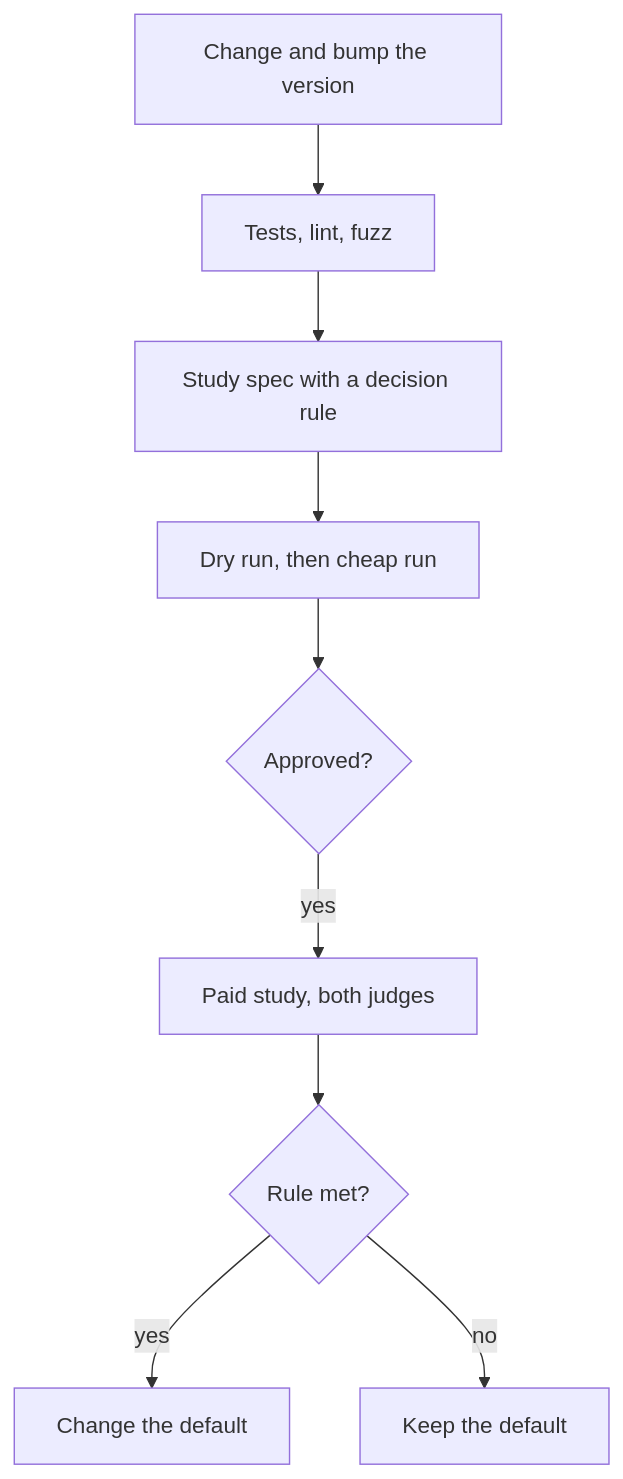
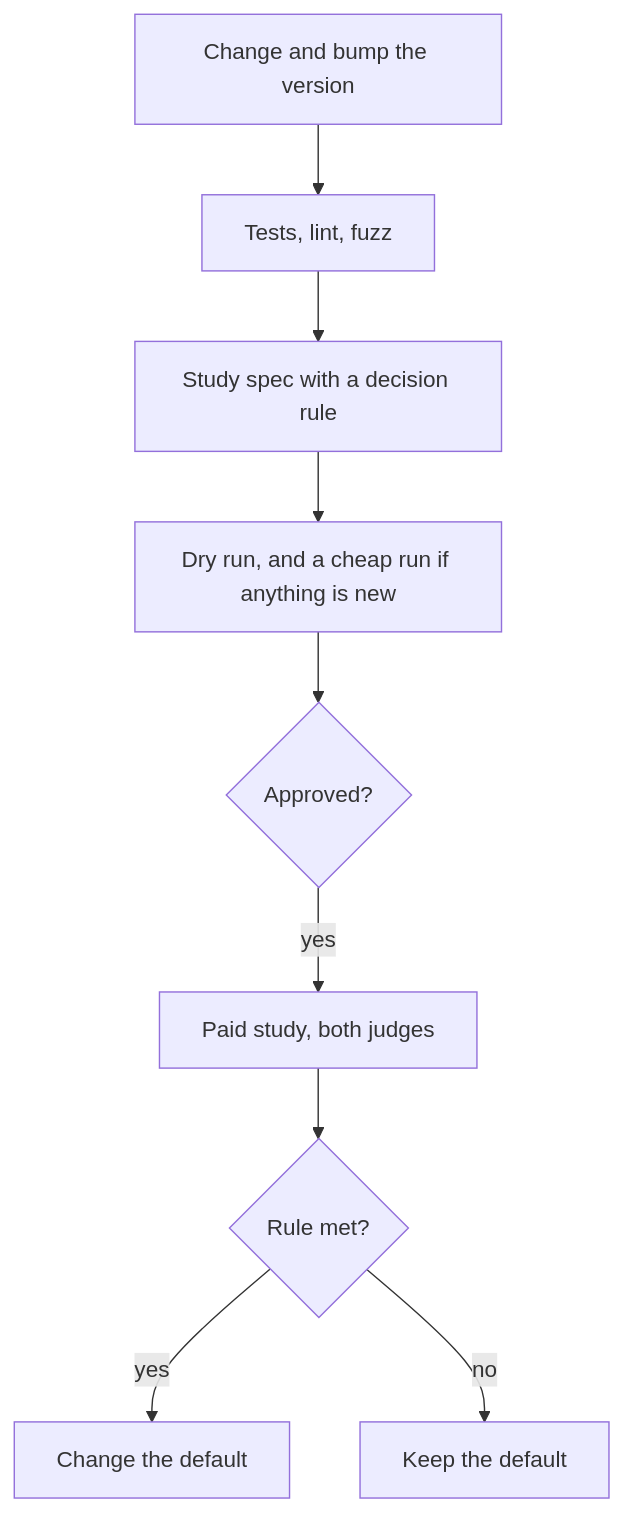
Before and after one commit to rjanseko/research-loop: the second of 3 diagrams in README.md, drawn with Mermaid. The commit also changed other lines of this file and 6 other files, not shown here.

First line of the commit message:
Search-engine rescout study, xhigh scouts, a narrower cheap-check rule, and a roadmap

````diff
--- a/README.md
+++ b/README.md
@@ -120,11 +120,11 @@
 ```mermaid
 flowchart TD
     change["Change and bump the version"] --> tests["Tests, lint, fuzz"]
     tests --> spec["Study spec with a decision rule"]
-    spec --> checks["Dry run, then cheap run"]
+    spec --> checks["Dry run, and a cheap run if anything is new"]
     checks --> approve{"Approved?"}
     approve -- "yes" --> paid["Paid study, both judges"]
     paid --> decide{"Rule met?"}
     decide -- "yes" --> adopt["Change the default"]
     decide -- "no" --> keep["Keep the default"]
 ```
````
